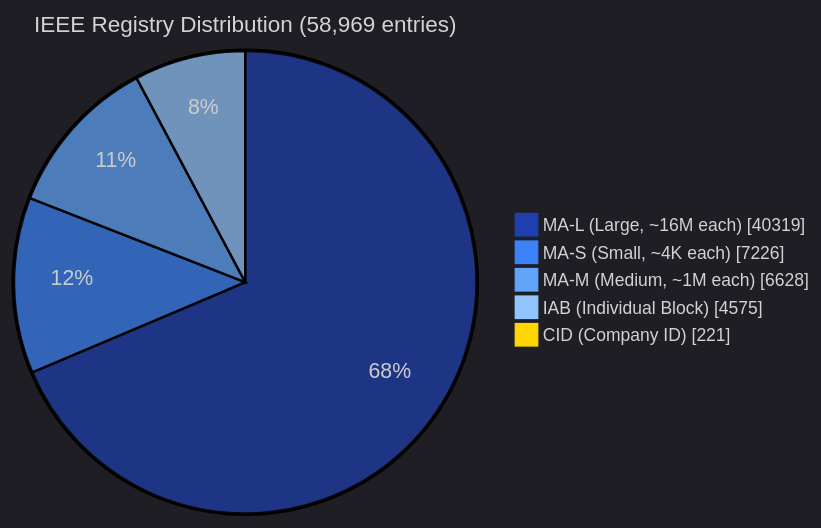
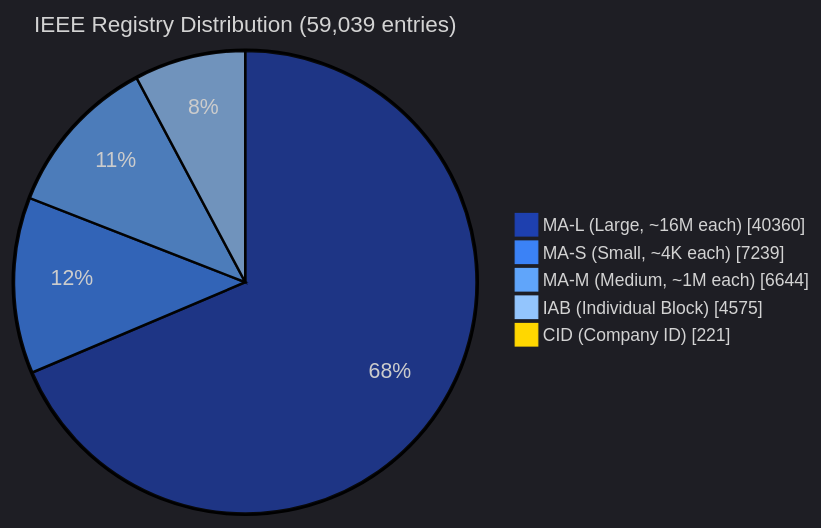
Before and after one commit to zqf20096327/dbhub_collect: the third of 5 diagrams in data/readmes/Ringmast4r__OUI-Master-Database.md, drawn with Mermaid. The commit also changed other lines of this file and 514 other files, not shown here.

````diff
--- a/data/readmes/Ringmast4r__OUI-Master-Database.md
+++ b/data/readmes/Ringmast4r__OUI-Master-Database.md
@@ -133,10 +133,10 @@
 ```mermaid
 %%{init: {'theme':'dark', 'themeVariables': {'pie1':'#1E40AF','pie2':'#3B82F6','pie3':'#60A5FA','pie4':'#93C5FD','pie5':'#FFD700','pieTitleTextSize':'18px','pieLegendTextSize':'14px'}}}%%
 pie showData
-    title IEEE Registry Distribution (58,969 entries)
-    "MA-L (Large, ~16M each)" : 40319
-    "MA-S (Small, ~4K each)" : 7226
-    "MA-M (Medium, ~1M each)" : 6628
+    title IEEE Registry Distribution (59,039 entries)
+    "MA-L (Large, ~16M each)" : 40360
+    "MA-S (Small, ~4K each)" : 7239
+    "MA-M (Medium, ~1M each)" : 6644
     "IAB (Individual Block)" : 4575
     "CID (Company ID)" : 221
 ```
````
